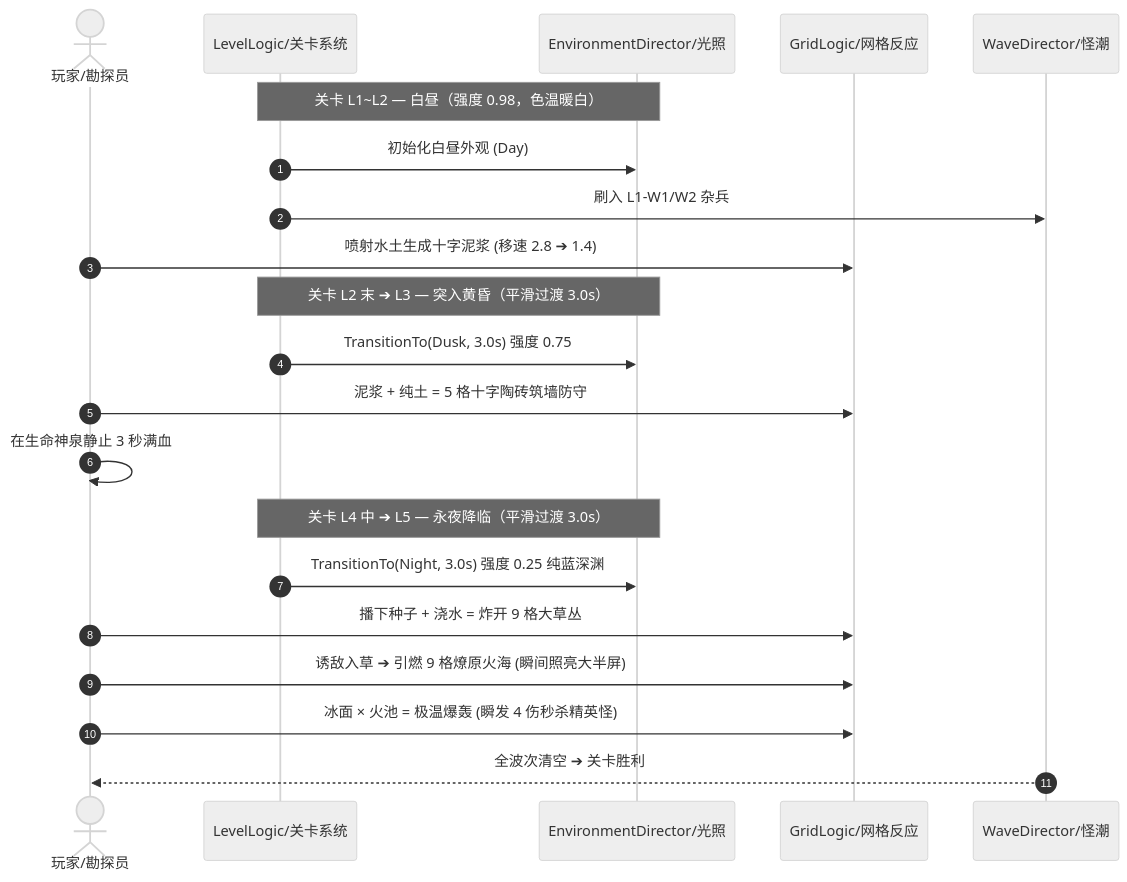
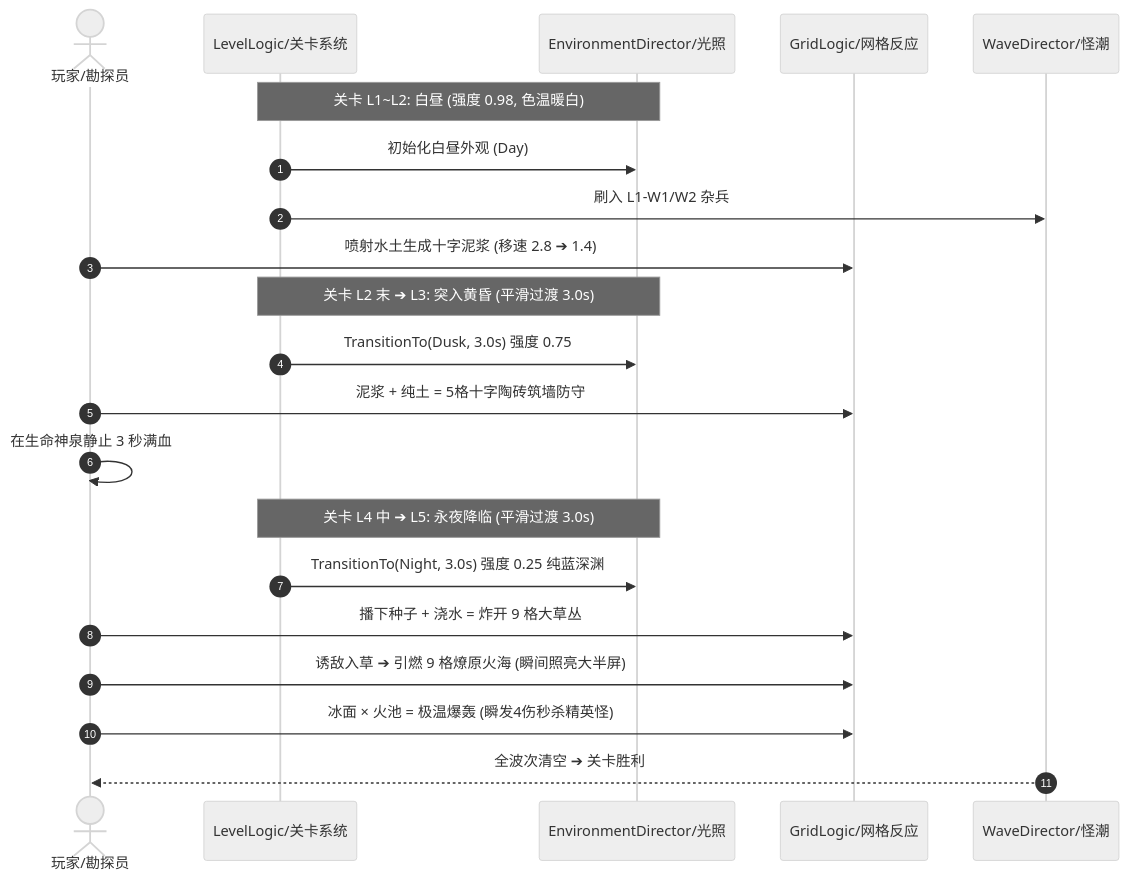
Before and after one commit to 5FYZhou/deepseaoil: the third of 3 diagrams in Docs/设计/《荒原复苏指南》关卡与战斗新设计.md, drawn with Mermaid (neutral theme). The commit also changed other lines of this file and 7 other files, not shown here.

````diff
--- a/Docs/设计/《荒原复苏指南》关卡与战斗新设计.md
+++ b/Docs/设计/《荒原复苏指南》关卡与战斗新设计.md
@@ -189,26 +211,26 @@
 ```mermaid
 sequenceDiagram
     autonumber
     actor Player as 玩家/勘探员
     participant Level as LevelLogic/关卡系统
     participant Light as EnvironmentDirector/光照
     participant Grid as GridLogic/网格反应
     participant Wave as WaveDirector/怪潮
 
-    Note over Level,Light: 关卡 L1~L2 — 白昼（强度 0.98，色温暖白）
+    Note over Level,Light: 关卡 L1~L2: 白昼 (强度 0.98, 色温暖白)
     Level->>Light: 初始化白昼外观 (Day)
     Level->>Wave: 刷入 L1-W1/W2 杂兵
     Player->>Grid: 喷射水土生成十字泥浆 (移速 2.8 ➔ 1.4)
-
-    Note over Level,Light: 关卡 L2 末 ➔ L3 — 突入黄昏（平滑过渡 3.0s）
+    
+    Note over Level,Light: 关卡 L2 末 ➔ L3: 突入黄昏 (平滑过渡 3.0s)
     Level->>Light: TransitionTo(Dusk, 3.0s) 强度 0.75
-    Player->>Grid: 泥浆 + 纯土 = 5 格十字陶砖筑墙防守
+    Player->>Grid: 泥浆 + 纯土 = 5格十字陶砖筑墙防守
     Player->>Player: 在生命神泉静止 3 秒满血
-
-    Note over Level,Light: 关卡 L4 中 ➔ L5 — 永夜降临（平滑过渡 3.0s）
+    
+    Note over Level,Light: 关卡 L4 中 ➔ L5: 永夜降临 (平滑过渡 3.0s)
     Level->>Light: TransitionTo(Night, 3.0s) 强度 0.25 纯蓝深渊
     Player->>Grid: 播下种子 + 浇水 = 炸开 9 格大草丛
     Player->>Grid: 诱敌入草 ➔ 引燃 9 格燎原火海 (瞬间照亮大半屏)
-    Player->>Grid: 冰面 × 火池 = 极温爆轰 (瞬发 4 伤秒杀精英怪)
+    Player->>Grid: 冰面 × 火池 = 极温爆轰 (瞬发4伤秒杀精英怪)
     Wave-->>Player: 全波次清空 ➔ 关卡胜利
 ```
````
